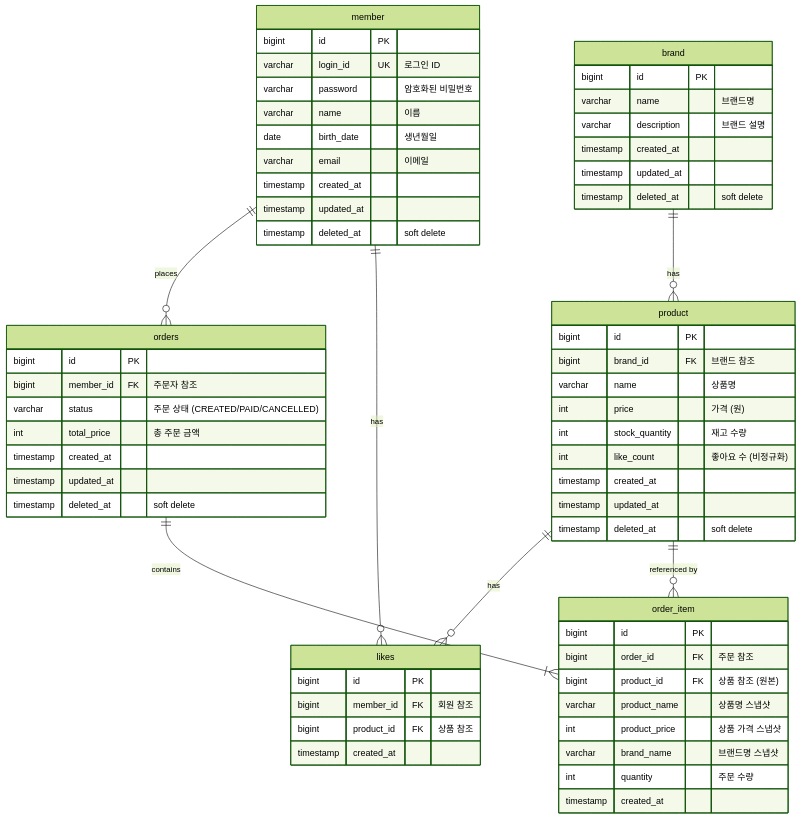
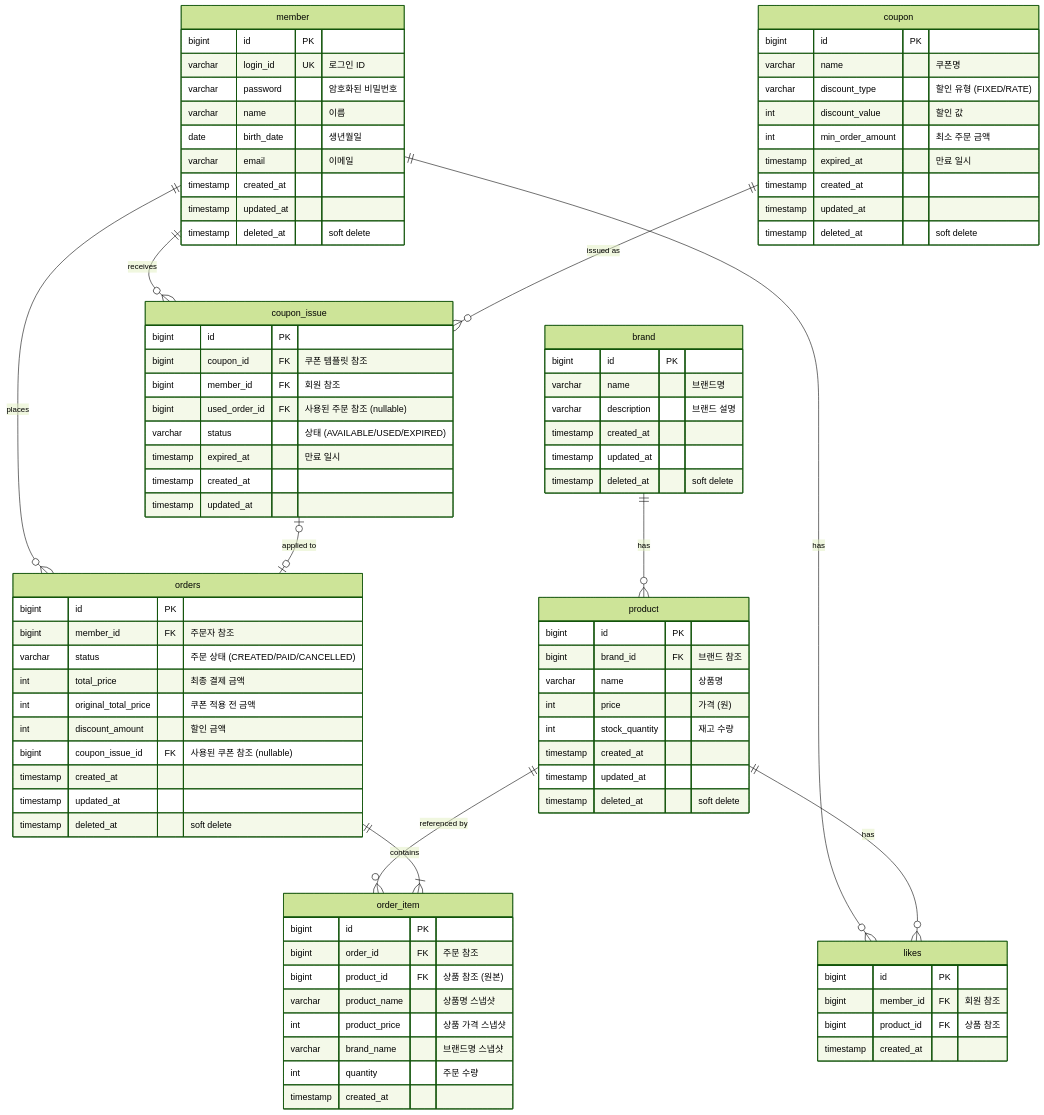
One commit to Loopers-dev-lab/loop-pack-be-l2-vol3-java changed the diagram in docs/design/04-erd.md. Above: the diagram before and after it, drawn with Mermaid (forest theme). The commit also changed other lines of this file and 3 other files, not shown here.

```diff
--- a/docs/design/04-erd.md
+++ b/docs/design/04-erd.md
@@ -12,10 +12,13 @@
 erDiagram
     member ||--o{ orders : "places"
     member ||--o{ likes : "has"
+    member ||--o{ coupon_issue : "receives"
     brand ||--o{ product : "has"
     product ||--o{ likes : "has"
     product ||--o{ order_item : "referenced by"
     orders ||--|{ order_item : "contains"
+    coupon ||--o{ coupon_issue : "issued as"
+    coupon_issue |o--o| orders : "applied to"
 
     member {
         bigint id PK
@@ -44,7 +47,6 @@
         varchar name "상품명"
         int price "가격 (원)"
         int stock_quantity "재고 수량"
-        int like_count "좋아요 수 (비정규화)"
         timestamp created_at
         timestamp updated_at
         timestamp deleted_at "soft delete"
@@ -57,11 +59,37 @@
         timestamp created_at
     }
 
+    coupon {
+        bigint id PK
+        varchar name "쿠폰명"
+        varchar discount_type "할인 유형 (FIXED/RATE)"
+        int discount_value "할인 값"
+        int min_order_amount "최소 주문 금액"
+        timestamp expired_at "만료 일시"
+        timestamp created_at
+        timestamp updated_at
+        timestamp deleted_at "soft delete"
+    }
+
+    coupon_issue {
+        bigint id PK
+        bigint coupon_id FK "쿠폰 템플릿 참조"
+        bigint member_id FK "회원 참조"
+        bigint used_order_id FK "사용된 주문 참조 (nullable)"
+        varchar status "상태 (AVAILABLE/USED/EXPIRED)"
+        timestamp expired_at "만료 일시"
+        timestamp created_at
+        timestamp updated_at
+    }
+
     orders {
         bigint id PK
         bigint member_id FK "주문자 참조"
         varchar status "주문 상태 (CREATED/PAID/CANCELLED)"
-        int total_price "총 주문 금액"
+        int total_price "최종 결제 금액"
+        int original_total_price "쿠폰 적용 전 금액"
+        int discount_amount "할인 금액"
+        bigint coupon_issue_id FK "사용된 쿠폰 참조 (nullable)"
         timestamp created_at
         timestamp updated_at
         timestamp deleted_at "soft delete"
```
